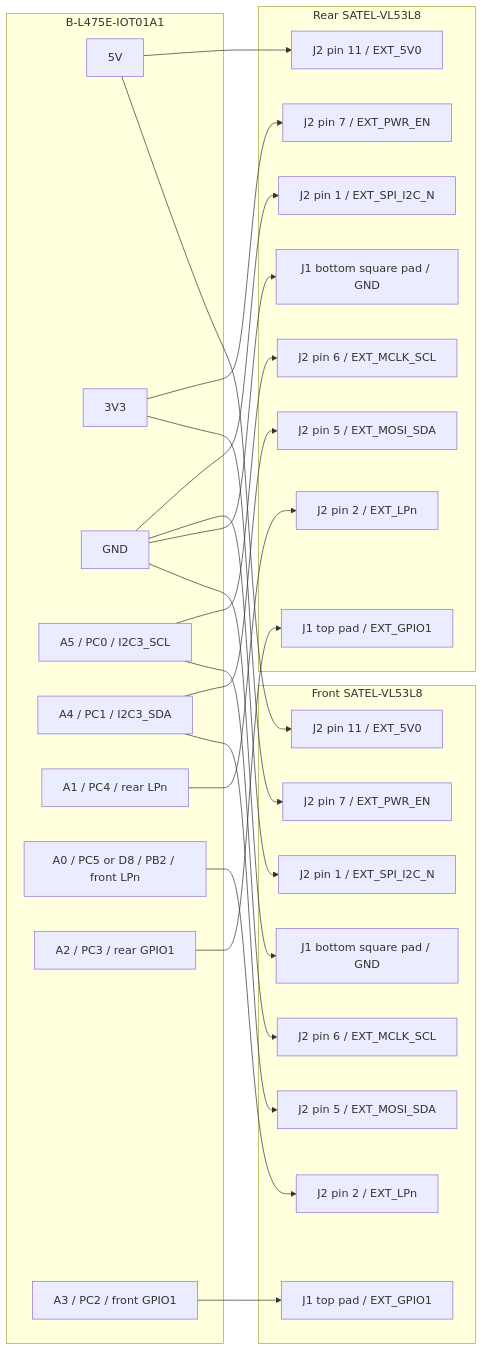
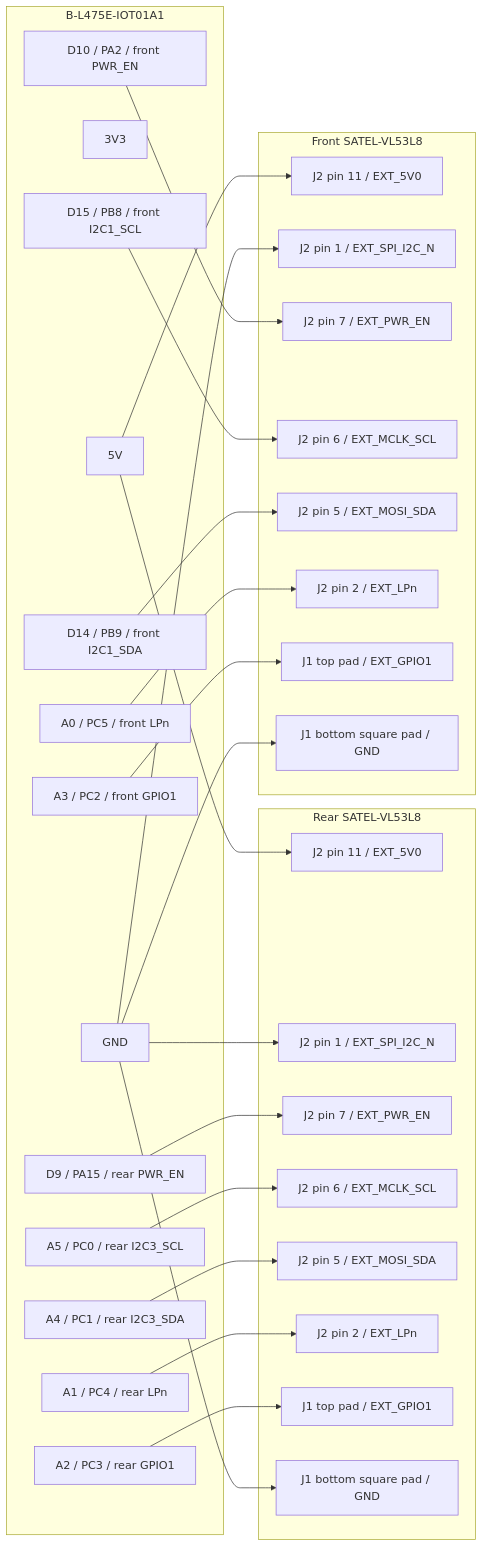
The second of 2 diagrams in firmware/stm32-mcp/docs/dev/10-vl53l8-satel-bringup.md (JuneJulyAugust/openotter), drawn with Mermaid before and after one commit. The commit also changed other lines of this file and 20 other files, not shown here.

````diff
--- a/firmware/stm32-mcp/docs/dev/10-vl53l8-satel-bringup.md
+++ b/firmware/stm32-mcp/docs/dev/10-vl53l8-satel-bringup.md
@@ -207,53 +218,57 @@
 ```mermaid
 flowchart LR
     subgraph IOT["B-L475E-IOT01A1"]
         I5V["5V"]
         I3V3["3V3"]
         IGND["GND"]
-        SCL["A5 / PC0 / I2C3_SCL"]
-        SDA["A4 / PC1 / I2C3_SDA"]
+        RSCL["A5 / PC0 / rear I2C3_SCL"]
+        RSDA["A4 / PC1 / rear I2C3_SDA"]
+        FSCL["D15 / PB8 / front I2C1_SCL"]
+        FSDA["D14 / PB9 / front I2C1_SDA"]
         RLP["A1 / PC4 / rear LPn"]
-        FLP["A0 / PC5 or D8 / PB2 / front LPn"]
+        FLP["A0 / PC5 / front LPn"]
         RINT["A2 / PC3 / rear GPIO1"]
         FINT["A3 / PC2 / front GPIO1"]
+        RPWR["D9 / PA15 / rear PWR_EN"]
+        FPWR["D10 / PA2 / front PWR_EN"]
     end
 
     subgraph REAR["Rear SATEL-VL53L8"]
         R5V["J2 pin 11 / EXT_5V0"]
         R3V3MODE["J2 pin 1 / EXT_SPI_I2C_N"]
         R3V3PWR["J2 pin 7 / EXT_PWR_EN"]
-        RSCL["J2 pin 6 / EXT_MCLK_SCL"]
-        RSDA["J2 pin 5 / EXT_MOSI_SDA"]
+        RSCLPIN["J2 pin 6 / EXT_MCLK_SCL"]
+        RSDAPIN["J2 pin 5 / EXT_MOSI_SDA"]
         RLPIN["J2 pin 2 / EXT_LPn"]
         RG1["J1 top pad / EXT_GPIO1"]
         RGND["J1 bottom square pad / GND"]
     end
 
     subgraph FRONT["Front SATEL-VL53L8"]
         F5V["J2 pin 11 / EXT_5V0"]
         F3V3MODE["J2 pin 1 / EXT_SPI_I2C_N"]
         F3V3PWR["J2 pin 7 / EXT_PWR_EN"]
-        FSCL["J2 pin 6 / EXT_MCLK_SCL"]
-        FSDA["J2 pin 5 / EXT_MOSI_SDA"]
+        FSCLPIN["J2 pin 6 / EXT_MCLK_SCL"]
+        FSDAPIN["J2 pin 5 / EXT_MOSI_SDA"]
         FLPIN["J2 pin 2 / EXT_LPn"]
         FG1["J1 top pad / EXT_GPIO1"]
         FGND["J1 bottom square pad / GND"]
     end
 
     I5V --> R5V
     I5V --> F5V
     IGND --> R3V3MODE
     IGND --> F3V3MODE
-    I3V3 --> R3V3PWR
-    I3V3 --> F3V3PWR
+    RPWR --> R3V3PWR
+    FPWR --> F3V3PWR
     IGND --> RGND
     IGND --> FGND
-    SCL --> RSCL
-    SCL --> FSCL
-    SDA --> RSDA
-    SDA --> FSDA
+    RSCL --> RSCLPIN
+    FSCL --> FSCLPIN
+    RSDA --> RSDAPIN
+    FSDA --> FSDAPIN
     RLP --> RLPIN
     FLP --> FLPIN
     RINT --> RG1
     FINT --> FG1
 ```
````
